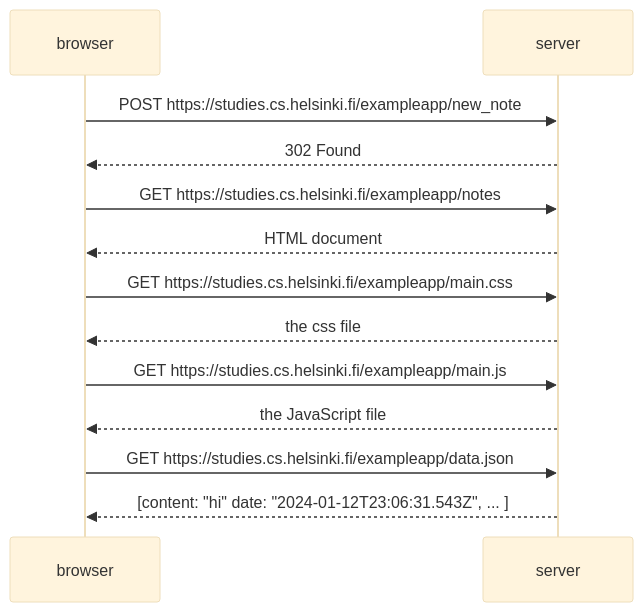
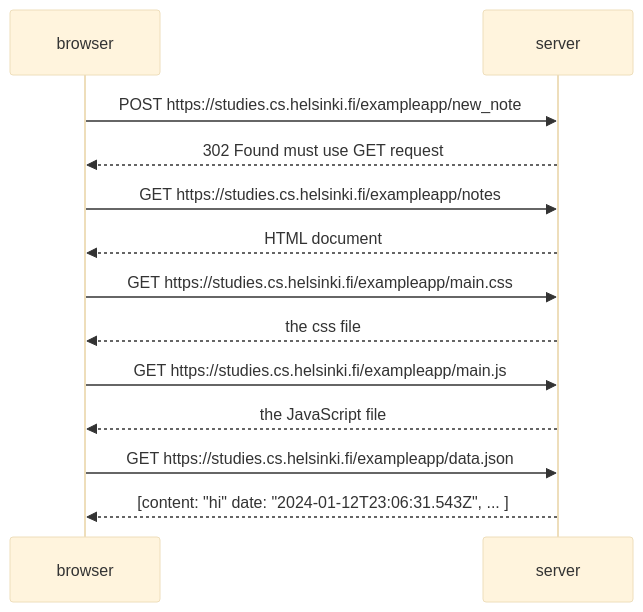
The diagram in SequenceDiagram.md (CheikhATGaye/FullStack), drawn with Mermaid (base theme) before and after one commit.

Commit message:
Clarification

````diff
--- a/SequenceDiagram.md
+++ b/SequenceDiagram.md
@@ -1,20 +1,20 @@
 ```mermaid
 sequenceDiagram
     participant browser
     participant server
 
     browser->>server: POST https://studies.cs.helsinki.fi/exampleapp/new_note
-    server-->>browser: 302 Found
+    server-->>browser: 302 Found must use GET request
 
     browser->>server: GET https://studies.cs.helsinki.fi/exampleapp/notes
     server-->>browser: HTML document
 
     browser->>server: GET https://studies.cs.helsinki.fi/exampleapp/main.css
     server-->>browser: the css file
 
     browser->>server: GET https://studies.cs.helsinki.fi/exampleapp/main.js
     server-->>browser: the JavaScript file
 
     browser->>server: GET https://studies.cs.helsinki.fi/exampleapp/data.json
     server-->>browser: [content: "hi" date: "2024-01-12T23:06:31.543Z", ... ]
 ```
````
